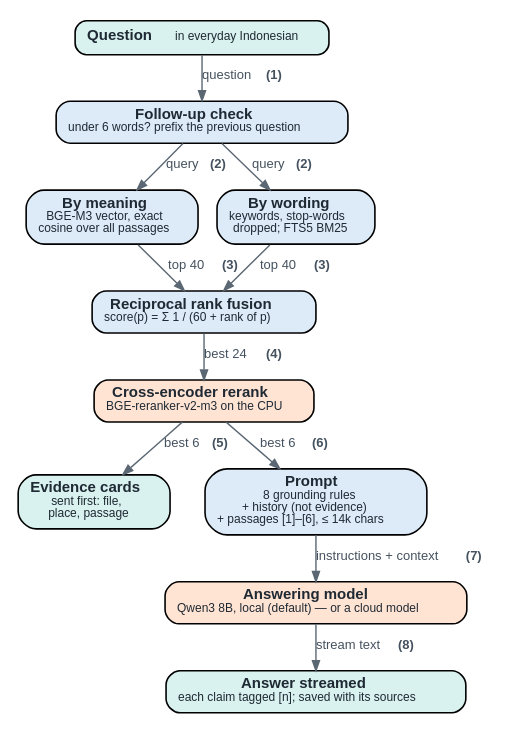
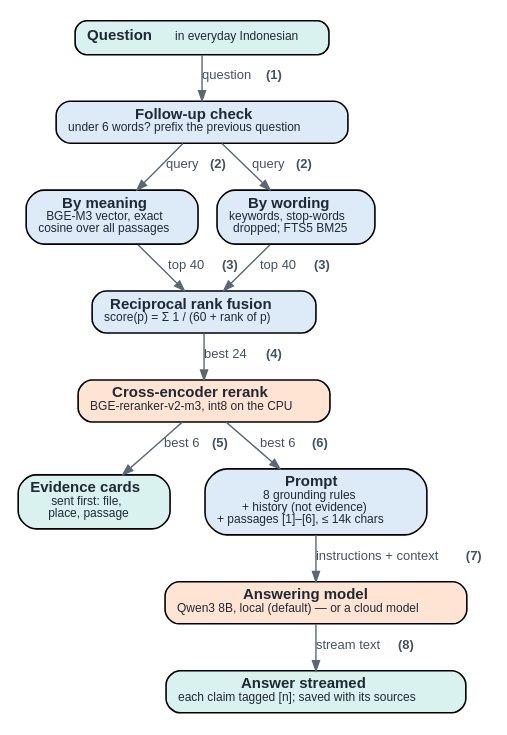
Before and after one commit to alfa-yohannis/akreditasi: the diagram in publications/paper/diagrams/query.dot, drawn with Graphviz. The commit also changed 9 other files, not shown here.

First line of the commit message:
Paper: add methodology, evaluation and result charts (draft)

```diff
--- a/publications/paper/diagrams/query.dot
+++ b/publications/paper/diagrams/query.dot
@@ -1,51 +1,51 @@
 // Fig. 3 — question-answering pipeline. Rendered by render_diagrams.py.
 // Same pastel palette as architecture.dot. Sized for one IEEE column (252 pt).
 digraph query {
   graph [rankdir=TB, newrank=true, fontname="Helvetica", nodesep=0.12, ranksep=0.15,
          pad="0.02,0.04", splines=line, bgcolor="white"];
   node  [shape=box, style="rounded,filled", fontname="Helvetica", fontsize=7.5,
          fontcolor="#1F2933", penwidth=0.8, margin="0.09,0.05", height=0.24];
   edge  [color="#5B6773", penwidth=0.7, arrowsize=0.5, fontname="Helvetica",
          fontsize=6.5, fontcolor="#44515E"];
 
   question [fillcolor="#D9F2EF", color="black",
             label=<<B>Question</B>  <FONT POINT-SIZE="6.5">in everyday Indonesian</FONT>>];
   expand   [fillcolor="#DDEBF9", color="black",
             label=<<B>Follow-up check</B><BR/><FONT POINT-SIZE="6.5">under 6 words? prefix the previous question</FONT>>];
 
   meaning  [fillcolor="#DDEBF9", color="black",
             label=<<B>By meaning</B><BR/><FONT POINT-SIZE="6.5">BGE-M3 vector, exact<BR/>cosine over all passages</FONT>>];
   wording  [fillcolor="#DDEBF9", color="black",
             label=<<B>By wording</B><BR/><FONT POINT-SIZE="6.5">keywords, stop-words<BR/>dropped; FTS5 BM25</FONT>>];
 
   fuse     [fillcolor="#DDEBF9", color="black",
             label=<<B>Reciprocal rank fusion</B><BR/><FONT POINT-SIZE="6.5">score(p) = Σ 1 / (60 + rank of p)</FONT>>];
   rerank   [fillcolor="#FFE4D4", color="black",
-            label=<<B>Cross-encoder rerank</B><BR/><FONT POINT-SIZE="6.5">BGE-reranker-v2-m3 on the CPU</FONT>>];
+            label=<<B>Cross-encoder rerank</B><BR/><FONT POINT-SIZE="6.5">BGE-reranker-v2-m3, int8 on the CPU</FONT>>];
 
   cards    [fillcolor="#D9F2EF", color="black",
             label=<<B>Evidence cards</B><BR/><FONT POINT-SIZE="6.5">sent first: file,<BR/>place, passage</FONT>>];
   prompt   [fillcolor="#DDEBF9", color="black",
             label=<<B>Prompt</B><BR/><FONT POINT-SIZE="6.5">8 grounding rules<BR/>+ history (not evidence)<BR/>+ passages [1]–[6], ≤ 14k chars</FONT>>];
 
   model    [fillcolor="#FFE4D4", color="black",
             label=<<B>Answering model</B><BR/><FONT POINT-SIZE="6.5">Qwen3 8B, local (default) — or a cloud model</FONT>>];
   answer   [fillcolor="#D9F2EF", color="black",
             label=<<B>Answer streamed</B><BR/><FONT POINT-SIZE="6.5">each claim tagged [n]; saved with its sources</FONT>>];
 
   { rank=same; meaning; wording; }
   { rank=same; cards; prompt; }
 
   // Every edge says what it does or what flows along it, ending with its step.
   question -> expand [label=< question <B>(1)</B>>];
   expand -> meaning [class="mid left", label=<query <B>(2)</B>>];
   expand -> wording [class="mid right", label=<query <B>(2)</B>>];
   meaning -> fuse [label=< top 40 <B>(3)</B>>];
   wording -> fuse [label=< top 40 <B>(3)</B>>];
   fuse -> rerank [label=< best 24 <B>(4)</B>>];
   rerank -> cards [label=<best 6 <B>(5)</B> >];
   rerank -> prompt [label=< best 6 <B>(6)</B>>];
   prompt -> model [label=< instructions + context <B>(7)</B>>];
   model -> answer [label=< stream text <B>(8)</B>>];
   cards -> prompt [style=invis];
 }
```
